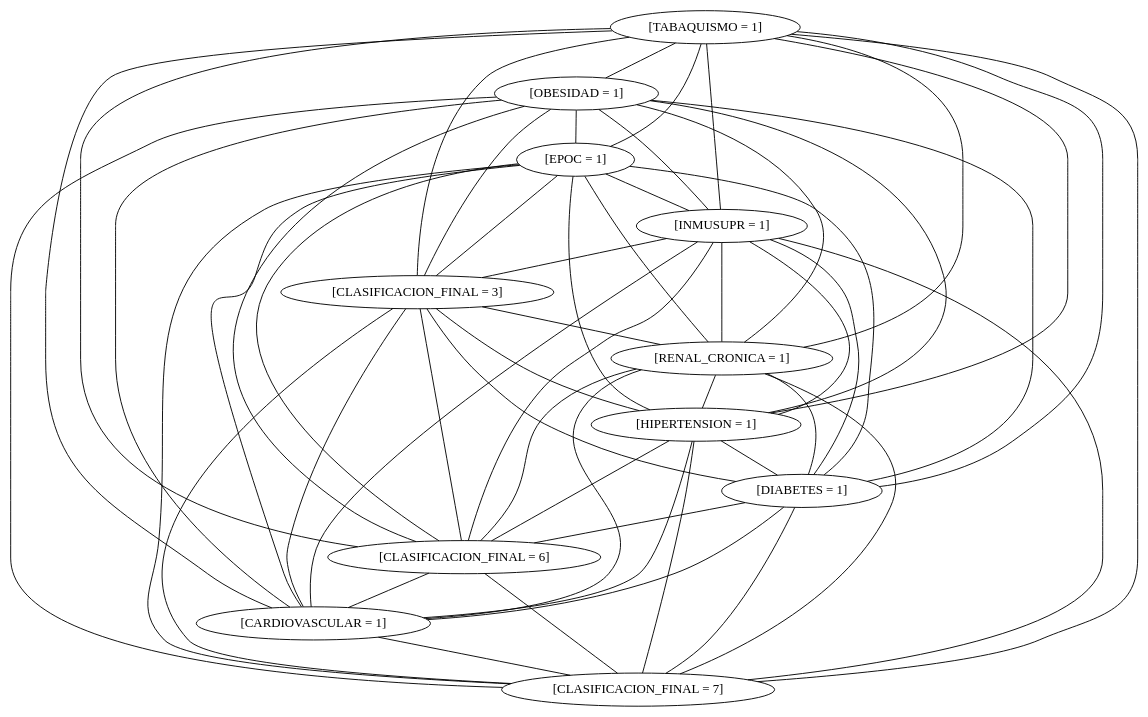
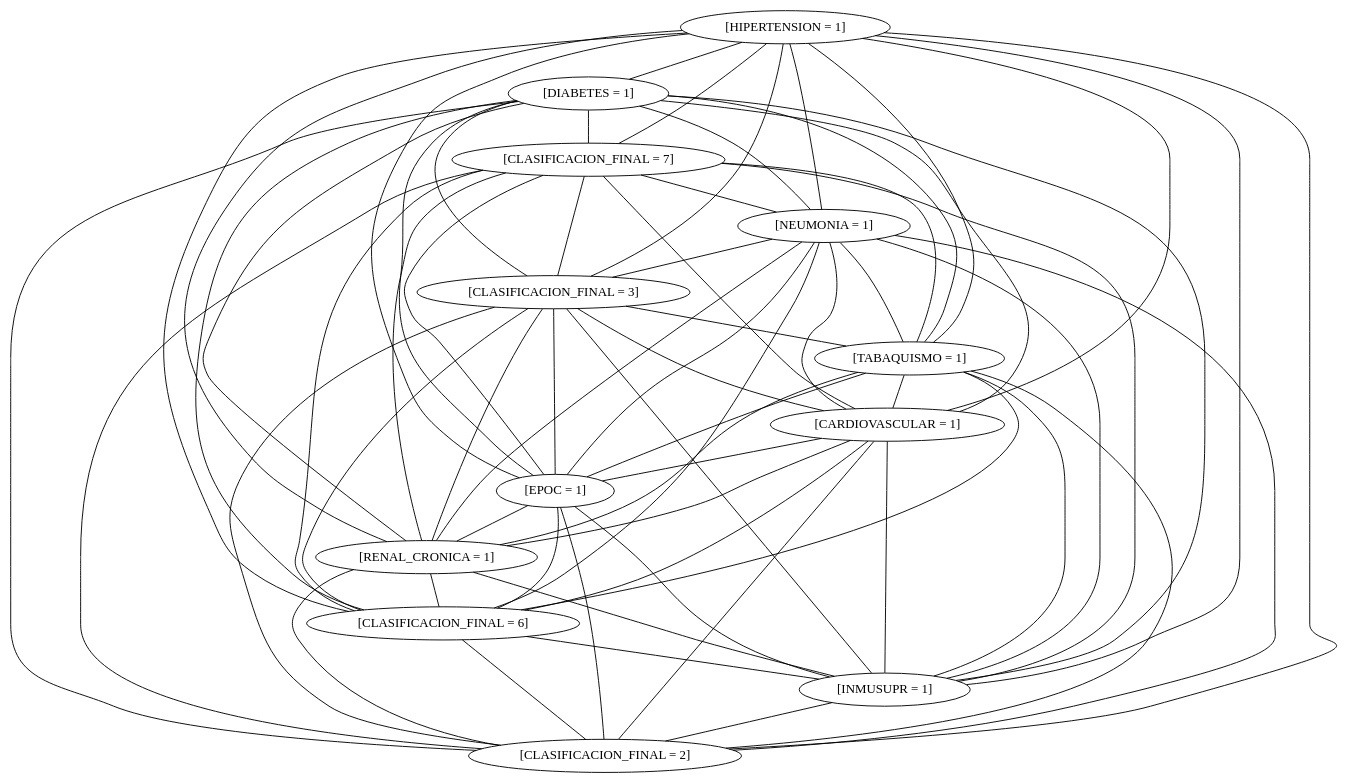
Before and after one commit to sinisterra/mscgp: the diagram in max_weight_clique.dot, drawn with Graphviz. The commit also changed 29 other files, not shown here.

```diff
--- a/max_weight_clique.dot
+++ b/max_weight_clique.dot
@@ -1,68 +1,80 @@
 strict graph  {
-"[TABAQUISMO = 1]" [weight=1];
-"[OBESIDAD = 1]" [weight=22];
-"[EPOC = 1]" [weight=46];
-"[INMUSUPR = 1]" [weight=4];
-"[CLASIFICACION_FINAL = 3]" [weight=525];
-"[RENAL_CRONICA = 1]" [weight=93];
-"[HIPERTENSION = 1]" [weight=495];
-"[DIABETES = 1]" [weight=442];
-"[CLASIFICACION_FINAL = 6]" [weight=218];
-"[CARDIOVASCULAR = 1]" [weight=10];
-"[CLASIFICACION_FINAL = 7]" [weight=28];
-"[TABAQUISMO = 1]" -- "[CLASIFICACION_FINAL = 3]";
-"[TABAQUISMO = 1]" -- "[HIPERTENSION = 1]";
-"[TABAQUISMO = 1]" -- "[DIABETES = 1]";
+"[HIPERTENSION = 1]" [weight=271];
+"[DIABETES = 1]" [weight=183];
+"[CLASIFICACION_FINAL = 7]" [weight=153];
+"[NEUMONIA = 1]" [weight=126];
+"[CLASIFICACION_FINAL = 3]" [weight=48];
+"[TABAQUISMO = 1]" [weight=37];
+"[CARDIOVASCULAR = 1]" [weight=26];
+"[EPOC = 1]" [weight=21];
+"[RENAL_CRONICA = 1]" [weight=18];
+"[CLASIFICACION_FINAL = 6]" [weight=9];
+"[INMUSUPR = 1]" [weight=7];
+"[CLASIFICACION_FINAL = 2]" [weight=4];
+"[HIPERTENSION = 1]" -- "[DIABETES = 1]";
+"[HIPERTENSION = 1]" -- "[CLASIFICACION_FINAL = 7]";
+"[HIPERTENSION = 1]" -- "[NEUMONIA = 1]";
+"[HIPERTENSION = 1]" -- "[CLASIFICACION_FINAL = 3]";
+"[HIPERTENSION = 1]" -- "[TABAQUISMO = 1]";
+"[HIPERTENSION = 1]" -- "[CARDIOVASCULAR = 1]";
+"[HIPERTENSION = 1]" -- "[EPOC = 1]";
+"[HIPERTENSION = 1]" -- "[RENAL_CRONICA = 1]";
+"[HIPERTENSION = 1]" -- "[CLASIFICACION_FINAL = 6]";
+"[HIPERTENSION = 1]" -- "[INMUSUPR = 1]";
+"[HIPERTENSION = 1]" -- "[CLASIFICACION_FINAL = 2]";
+"[DIABETES = 1]" -- "[CLASIFICACION_FINAL = 7]";
+"[DIABETES = 1]" -- "[NEUMONIA = 1]";
+"[DIABETES = 1]" -- "[CLASIFICACION_FINAL = 3]";
+"[DIABETES = 1]" -- "[TABAQUISMO = 1]";
+"[DIABETES = 1]" -- "[CARDIOVASCULAR = 1]";
+"[DIABETES = 1]" -- "[EPOC = 1]";
+"[DIABETES = 1]" -- "[RENAL_CRONICA = 1]";
+"[DIABETES = 1]" -- "[CLASIFICACION_FINAL = 6]";
+"[DIABETES = 1]" -- "[INMUSUPR = 1]";
+"[DIABETES = 1]" -- "[CLASIFICACION_FINAL = 2]";
+"[CLASIFICACION_FINAL = 7]" -- "[NEUMONIA = 1]";
+"[CLASIFICACION_FINAL = 7]" -- "[CLASIFICACION_FINAL = 3]";
+"[CLASIFICACION_FINAL = 7]" -- "[TABAQUISMO = 1]";
+"[CLASIFICACION_FINAL = 7]" -- "[CARDIOVASCULAR = 1]";
+"[CLASIFICACION_FINAL = 7]" -- "[EPOC = 1]";
+"[CLASIFICACION_FINAL = 7]" -- "[RENAL_CRONICA = 1]";
+"[CLASIFICACION_FINAL = 7]" -- "[CLASIFICACION_FINAL = 6]";
+"[CLASIFICACION_FINAL = 7]" -- "[INMUSUPR = 1]";
+"[CLASIFICACION_FINAL = 7]" -- "[CLASIFICACION_FINAL = 2]";
+"[NEUMONIA = 1]" -- "[CLASIFICACION_FINAL = 3]";
+"[NEUMONIA = 1]" -- "[TABAQUISMO = 1]";
+"[NEUMONIA = 1]" -- "[CARDIOVASCULAR = 1]";
+"[NEUMONIA = 1]" -- "[EPOC = 1]";
+"[NEUMONIA = 1]" -- "[RENAL_CRONICA = 1]";
+"[NEUMONIA = 1]" -- "[CLASIFICACION_FINAL = 6]";
+"[NEUMONIA = 1]" -- "[INMUSUPR = 1]";
+"[NEUMONIA = 1]" -- "[CLASIFICACION_FINAL = 2]";
+"[CLASIFICACION_FINAL = 3]" -- "[TABAQUISMO = 1]";
+"[CLASIFICACION_FINAL = 3]" -- "[CARDIOVASCULAR = 1]";
+"[CLASIFICACION_FINAL = 3]" -- "[EPOC = 1]";
+"[CLASIFICACION_FINAL = 3]" -- "[RENAL_CRONICA = 1]";
+"[CLASIFICACION_FINAL = 3]" -- "[CLASIFICACION_FINAL = 6]";
+"[CLASIFICACION_FINAL = 3]" -- "[INMUSUPR = 1]";
+"[CLASIFICACION_FINAL = 3]" -- "[CLASIFICACION_FINAL = 2]";
+"[TABAQUISMO = 1]" -- "[CARDIOVASCULAR = 1]";
+"[TABAQUISMO = 1]" -- "[EPOC = 1]";
+"[TABAQUISMO = 1]" -- "[RENAL_CRONICA = 1]";
 "[TABAQUISMO = 1]" -- "[CLASIFICACION_FINAL = 6]";
-"[TABAQUISMO = 1]" -- "[RENAL_CRONICA = 1]";
-"[TABAQUISMO = 1]" -- "[EPOC = 1]";
-"[TABAQUISMO = 1]" -- "[CLASIFICACION_FINAL = 7]";
-"[TABAQUISMO = 1]" -- "[OBESIDAD = 1]";
-"[TABAQUISMO = 1]" -- "[CARDIOVASCULAR = 1]";
 "[TABAQUISMO = 1]" -- "[INMUSUPR = 1]";
-"[OBESIDAD = 1]" -- "[CLASIFICACION_FINAL = 3]";
-"[OBESIDAD = 1]" -- "[HIPERTENSION = 1]";
-"[OBESIDAD = 1]" -- "[DIABETES = 1]";
-"[OBESIDAD = 1]" -- "[CLASIFICACION_FINAL = 6]";
-"[OBESIDAD = 1]" -- "[RENAL_CRONICA = 1]";
-"[OBESIDAD = 1]" -- "[EPOC = 1]";
-"[OBESIDAD = 1]" -- "[CLASIFICACION_FINAL = 7]";
-"[OBESIDAD = 1]" -- "[CARDIOVASCULAR = 1]";
-"[OBESIDAD = 1]" -- "[INMUSUPR = 1]";
-"[EPOC = 1]" -- "[CLASIFICACION_FINAL = 3]";
-"[EPOC = 1]" -- "[HIPERTENSION = 1]";
-"[EPOC = 1]" -- "[DIABETES = 1]";
+"[TABAQUISMO = 1]" -- "[CLASIFICACION_FINAL = 2]";
+"[CARDIOVASCULAR = 1]" -- "[EPOC = 1]";
+"[CARDIOVASCULAR = 1]" -- "[RENAL_CRONICA = 1]";
+"[CARDIOVASCULAR = 1]" -- "[CLASIFICACION_FINAL = 6]";
+"[CARDIOVASCULAR = 1]" -- "[INMUSUPR = 1]";
+"[CARDIOVASCULAR = 1]" -- "[CLASIFICACION_FINAL = 2]";
+"[EPOC = 1]" -- "[RENAL_CRONICA = 1]";
 "[EPOC = 1]" -- "[CLASIFICACION_FINAL = 6]";
-"[EPOC = 1]" -- "[RENAL_CRONICA = 1]";
-"[EPOC = 1]" -- "[CLASIFICACION_FINAL = 7]";
-"[EPOC = 1]" -- "[CARDIOVASCULAR = 1]";
 "[EPOC = 1]" -- "[INMUSUPR = 1]";
-"[INMUSUPR = 1]" -- "[CLASIFICACION_FINAL = 3]";
-"[INMUSUPR = 1]" -- "[HIPERTENSION = 1]";
-"[INMUSUPR = 1]" -- "[DIABETES = 1]";
-"[INMUSUPR = 1]" -- "[CLASIFICACION_FINAL = 6]";
-"[INMUSUPR = 1]" -- "[RENAL_CRONICA = 1]";
-"[INMUSUPR = 1]" -- "[CLASIFICACION_FINAL = 7]";
-"[INMUSUPR = 1]" -- "[CARDIOVASCULAR = 1]";
-"[CLASIFICACION_FINAL = 3]" -- "[HIPERTENSION = 1]";
-"[CLASIFICACION_FINAL = 3]" -- "[DIABETES = 1]";
-"[CLASIFICACION_FINAL = 3]" -- "[CLASIFICACION_FINAL = 6]";
-"[CLASIFICACION_FINAL = 3]" -- "[RENAL_CRONICA = 1]";
-"[CLASIFICACION_FINAL = 3]" -- "[CLASIFICACION_FINAL = 7]";
-"[CLASIFICACION_FINAL = 3]" -- "[CARDIOVASCULAR = 1]";
-"[RENAL_CRONICA = 1]" -- "[HIPERTENSION = 1]";
-"[RENAL_CRONICA = 1]" -- "[DIABETES = 1]";
+"[EPOC = 1]" -- "[CLASIFICACION_FINAL = 2]";
 "[RENAL_CRONICA = 1]" -- "[CLASIFICACION_FINAL = 6]";
-"[RENAL_CRONICA = 1]" -- "[CLASIFICACION_FINAL = 7]";
-"[RENAL_CRONICA = 1]" -- "[CARDIOVASCULAR = 1]";
-"[HIPERTENSION = 1]" -- "[DIABETES = 1]";
-"[HIPERTENSION = 1]" -- "[CLASIFICACION_FINAL = 6]";
-"[HIPERTENSION = 1]" -- "[CLASIFICACION_FINAL = 7]";
-"[HIPERTENSION = 1]" -- "[CARDIOVASCULAR = 1]";
-"[DIABETES = 1]" -- "[CLASIFICACION_FINAL = 6]";
-"[DIABETES = 1]" -- "[CLASIFICACION_FINAL = 7]";
-"[DIABETES = 1]" -- "[CARDIOVASCULAR = 1]";
-"[CLASIFICACION_FINAL = 6]" -- "[CLASIFICACION_FINAL = 7]";
-"[CLASIFICACION_FINAL = 6]" -- "[CARDIOVASCULAR = 1]";
-"[CARDIOVASCULAR = 1]" -- "[CLASIFICACION_FINAL = 7]";
+"[RENAL_CRONICA = 1]" -- "[INMUSUPR = 1]";
+"[RENAL_CRONICA = 1]" -- "[CLASIFICACION_FINAL = 2]";
+"[CLASIFICACION_FINAL = 6]" -- "[INMUSUPR = 1]";
+"[CLASIFICACION_FINAL = 6]" -- "[CLASIFICACION_FINAL = 2]";
+"[INMUSUPR = 1]" -- "[CLASIFICACION_FINAL = 2]";
 }
```
